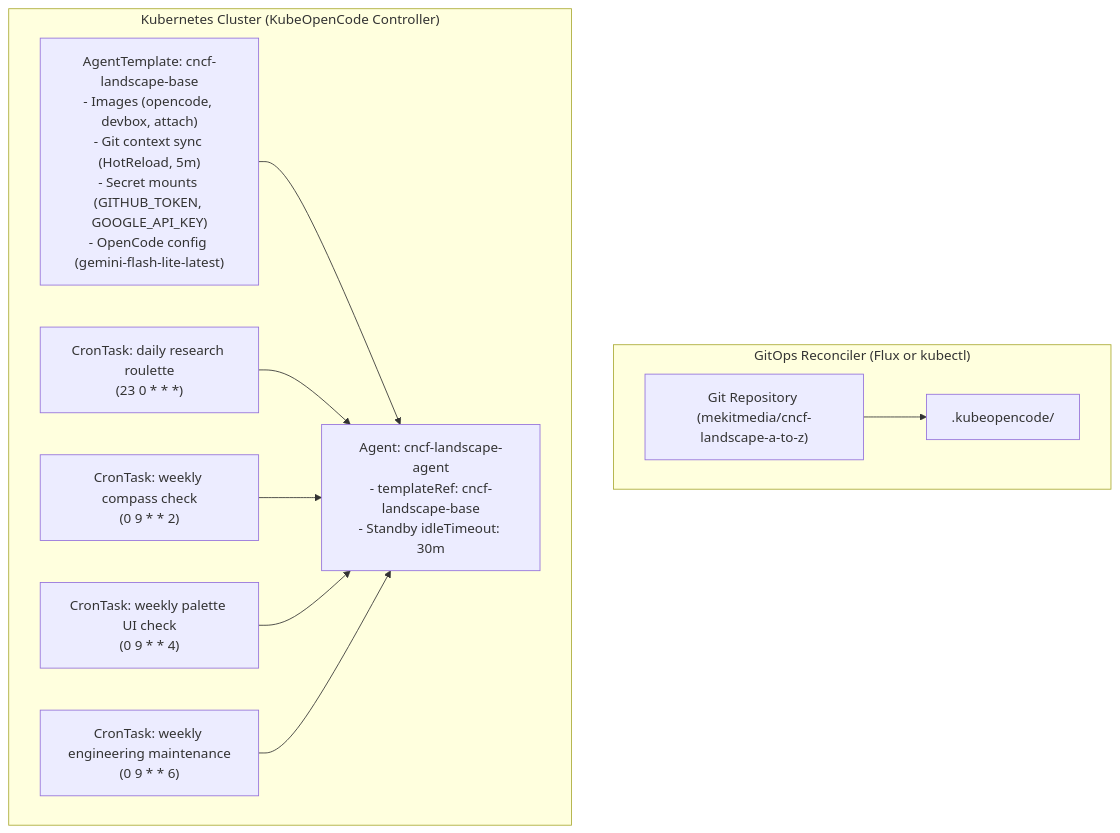
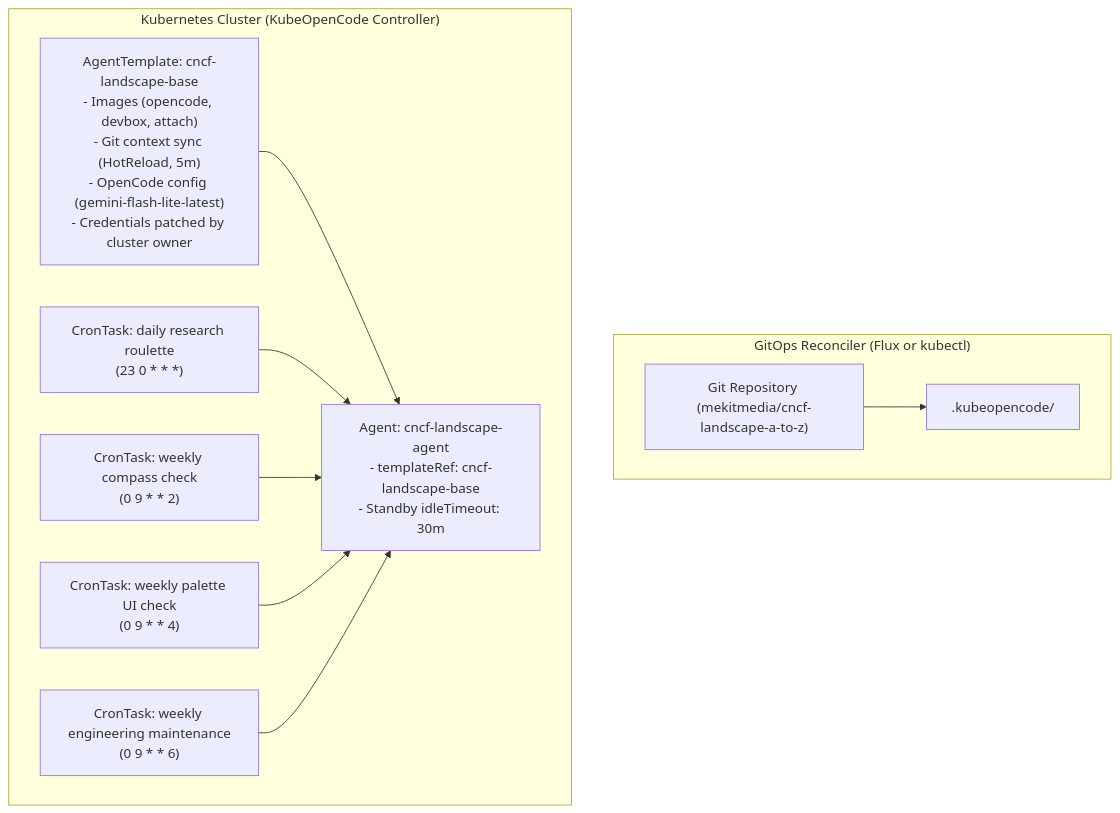
Before and after one commit to mekitmedia/cncf-landscape-a-to-z: the diagram in docs/kubeopencode-agent-templates.md, drawn with Mermaid. The commit also changed other lines of this file and 2 other files, not shown here.

Commit message:
refactor(kubeopencode): decouple credentials from base AgentTemplate for cluster patching

````diff
--- a/docs/kubeopencode-agent-templates.md
+++ b/docs/kubeopencode-agent-templates.md
@@ -13,22 +13,22 @@
 ```mermaid
 graph TD
     subgraph GitOps["GitOps Reconciler (Flux or kubectl)"]
         GitRepo["Git Repository (mekitmedia/cncf-landscape-a-to-z)"] --> Kustomize[".kubeopencode/"]
     end
 
     subgraph KubeOpenCode["Kubernetes Cluster (KubeOpenCode Controller)"]
-        Template["AgentTemplate: cncf-landscape-base<br/>- Images (opencode, devbox, attach)<br/>- Git context sync (HotReload, 5m)<br/>- Secret mounts (GITHUB_TOKEN, GOOGLE_API_KEY)<br/>- OpenCode config (gemini-flash-lite-latest)"]
+        Template["AgentTemplate: cncf-landscape-base<br/>- Images (opencode, devbox, attach)<br/>- Git context sync (HotReload, 5m)<br/>- OpenCode config (gemini-flash-lite-latest)<br/>- Credentials patched by cluster owner"]
         Agent["Agent: cncf-landscape-agent<br/>- templateRef: cncf-landscape-base<br/>- Standby idleTimeout: 30m"]
         
         Cron1["CronTask: daily research roulette<br/>(23 0 * * *)"]
         Cron2["CronTask: weekly compass check<br/>(0 9 * * 2)"]
         Cron3["CronTask: weekly palette UI check<br/>(0 9 * * 4)"]
         Cron4["CronTask: weekly engineering maintenance<br/>(0 9 * * 6)"]
 
         Template --> Agent
         Cron1 --> Agent
         Cron2 --> Agent
         Cron3 --> Agent
         Cron4 --> Agent
     end
 ```
````
